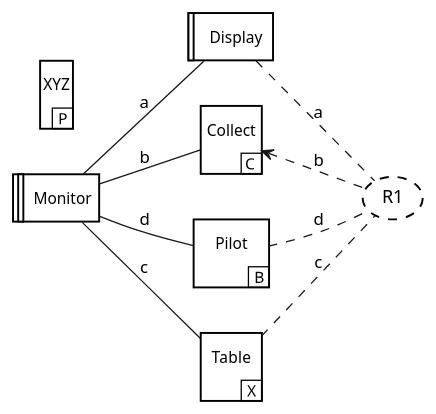
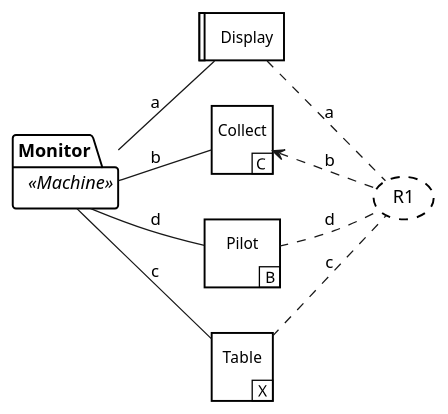
One commit to plantuml/plantuml changed the diagram in problem.puml. Above: the diagram before and after it, drawn with PlantUML.

Commit message:
fixing USymbolDomain for the X, C, B domain types

```diff
--- a/problem.puml
+++ b/problem.puml
@@ -1,18 +1,18 @@
 @startuml
 left to right direction
-domain "Monitor" as M <<Machine>>
+domain "Monitor" as M <<Machine>> {
+}
 domain "Display" as D1 <<Designed>>
 domain "Collect" as D2 <<Causal>>
 domain "Pilot" as P <<Biddable>>
 domain "Table" as TT <<Lexical>>
-domain "XYZ" as XYZ <<(C)>>
 requirement "R1" as R1
 M -- D1: a
 D1 -[dashed]- R1: a
 D2 <-[dashed]- R1: b
 TT -[dashed]- R1: c
 P -[dashed]- R1: d
 M -- TT: c
 M -- D2: b
 M -- P: d
 @enduml
```
